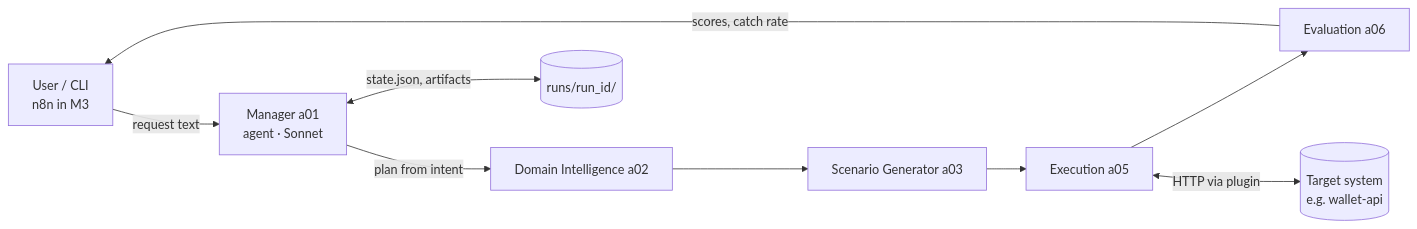
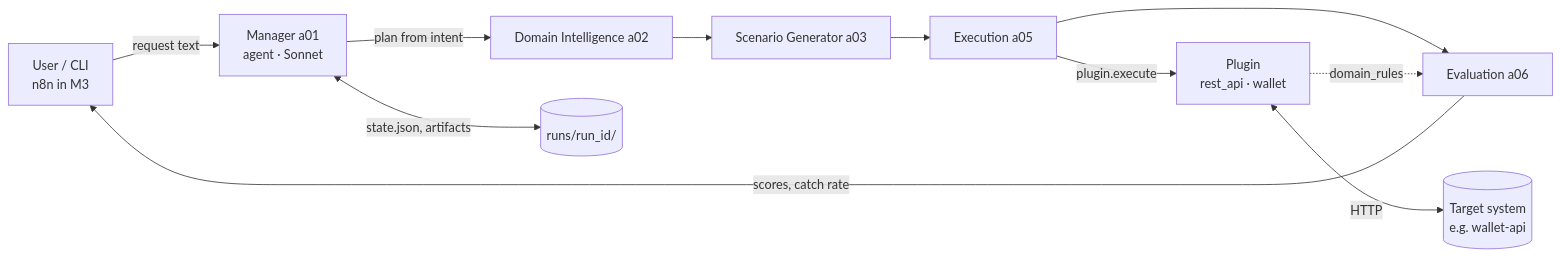
One commit to aozan88/ecvt changed the diagram in docs/02-architecture/architecture.md. Above: the diagram before and after it, drawn with Mermaid. The commit also changed other lines of this file and 7 other files, not shown here.

First line of the commit message:
docs(architecture): plugin layer in architecture, pipeline, a05/a06 specs

````diff
--- a/docs/02-architecture/architecture.md
+++ b/docs/02-architecture/architecture.md
@@ -10,11 +11,13 @@
 ```mermaid
 flowchart LR
     U[User / CLI<br/>n8n in M3] -->|request text| M[Manager a01<br/>agent · Sonnet]
     M -->|plan from intent| DI[Domain Intelligence a02]
     DI --> SG[Scenario Generator a03]
     SG --> EX[Execution a05]
     EX --> EV[Evaluation a06]
-    EX <-->|HTTP via plugin| T[(Target system<br/>e.g. wallet-api)]
+    EX -->|plugin.execute| P[Plugin<br/>rest_api · wallet]
+    P <-->|HTTP| T[(Target system<br/>e.g. wallet-api)]
+    P -.->|domain_rules| EV
     M <-->|state.json, artifacts| R[(runs/run_id/)]
     EV -->|scores, catch rate| U
 ```
````
